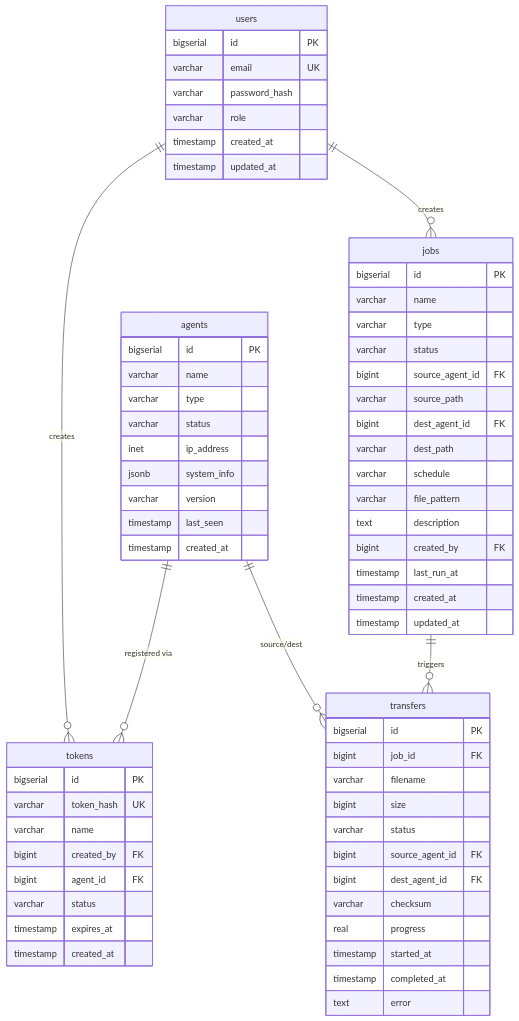
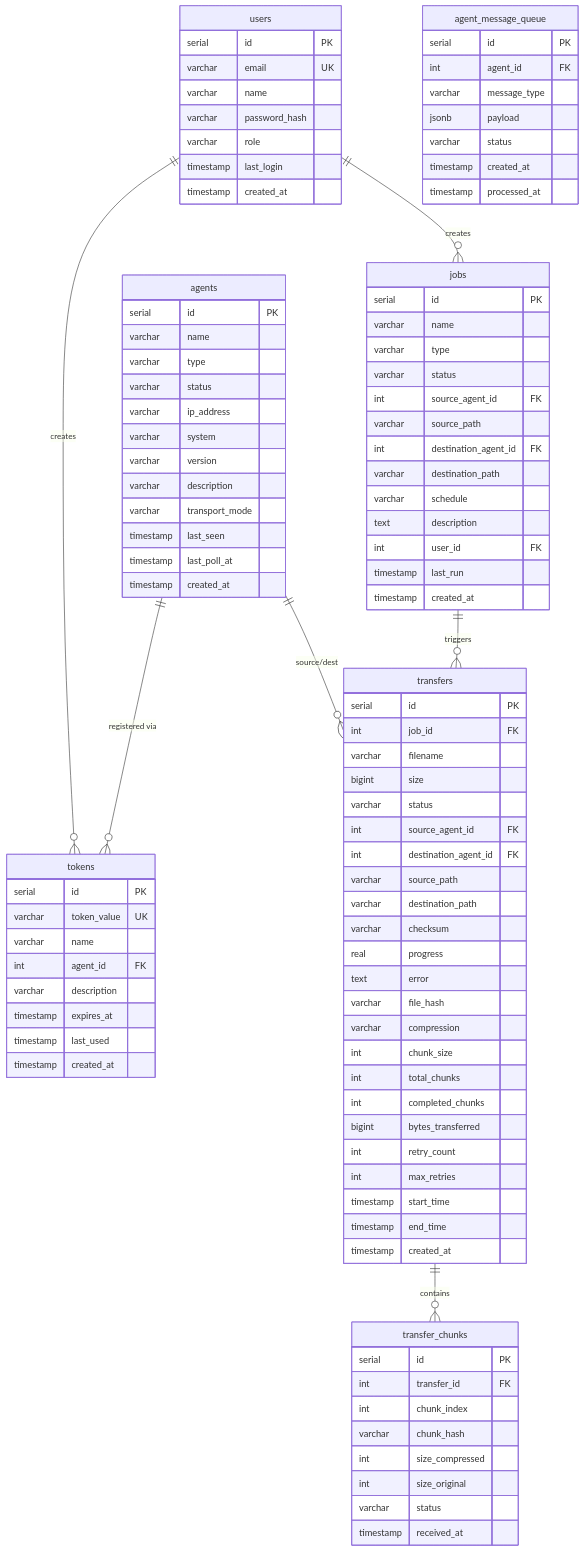
Before and after one commit to stefanposs/file-flux: the diagram in assets/mkdocs/architecture/database.md, drawn with Mermaid. The commit also changed other lines of this file and 26 other files, not shown here.

````diff
--- a/assets/mkdocs/architecture/database.md
+++ b/assets/mkdocs/architecture/database.md
@@ -15,69 +15,104 @@
     agents ||--o{ tokens : "registered via"
     jobs ||--o{ transfers : triggers
     agents ||--o{ transfers : "source/dest"
+    transfers ||--o{ transfer_chunks : contains
 
     users {
-        bigserial id PK
+        serial id PK
         varchar email UK
+        varchar name
         varchar password_hash
         varchar role
+        timestamp last_login
         timestamp created_at
-        timestamp updated_at
     }
 
     agents {
-        bigserial id PK
+        serial id PK
         varchar name
         varchar type
         varchar status
-        inet ip_address
-        jsonb system_info
+        varchar ip_address
+        varchar system
         varchar version
+        varchar description
+        varchar transport_mode
         timestamp last_seen
+        timestamp last_poll_at
         timestamp created_at
     }
 
     tokens {
-        bigserial id PK
-        varchar token_hash UK
+        serial id PK
+        varchar token_value UK
         varchar name
-        bigint created_by FK
-        bigint agent_id FK
-        varchar status
+        int agent_id FK
+        varchar description
         timestamp expires_at
+        timestamp last_used
         timestamp created_at
     }
 
     jobs {
-        bigserial id PK
+        serial id PK
         varchar name
         varchar type
         varchar status
-        bigint source_agent_id FK
+        int source_agent_id FK
         varchar source_path
-        bigint dest_agent_id FK
-        varchar dest_path
+        int destination_agent_id FK
+        varchar destination_path
         varchar schedule
-        varchar file_pattern
         text description
-        bigint created_by FK
-        timestamp last_run_at
+        int user_id FK
+        timestamp last_run
         timestamp created_at
-        timestamp updated_at
     }
 
     transfers {
-        bigserial id PK
-        bigint job_id FK
+        serial id PK
+        int job_id FK
         varchar filename
         bigint size
         varchar status
-        bigint source_agent_id FK
-        bigint dest_agent_id FK
+        int source_agent_id FK
+        int destination_agent_id FK
+        varchar source_path
+        varchar destination_path
         varchar checksum
         real progress
-        timestamp started_at
-        timestamp completed_at
         text error
+        varchar file_hash
+        varchar compression
+        int chunk_size
+        int total_chunks
+        int completed_chunks
+        bigint bytes_transferred
+        int retry_count
+        int max_retries
+        timestamp start_time
+        timestamp end_time
+        timestamp created_at
+    }
+
+    transfer_chunks {
+        serial id PK
+        int transfer_id FK
+        int chunk_index
+        varchar chunk_hash
+        int size_compressed
+        int size_original
+        varchar status
+        timestamp received_at
+    }
+
+    agent_message_queue {
+        serial id PK
+        int agent_id FK
+        varchar message_type
+        jsonb payload
+        varchar status
+        timestamp created_at
+        timestamp processed_at
     }
 ```
````
